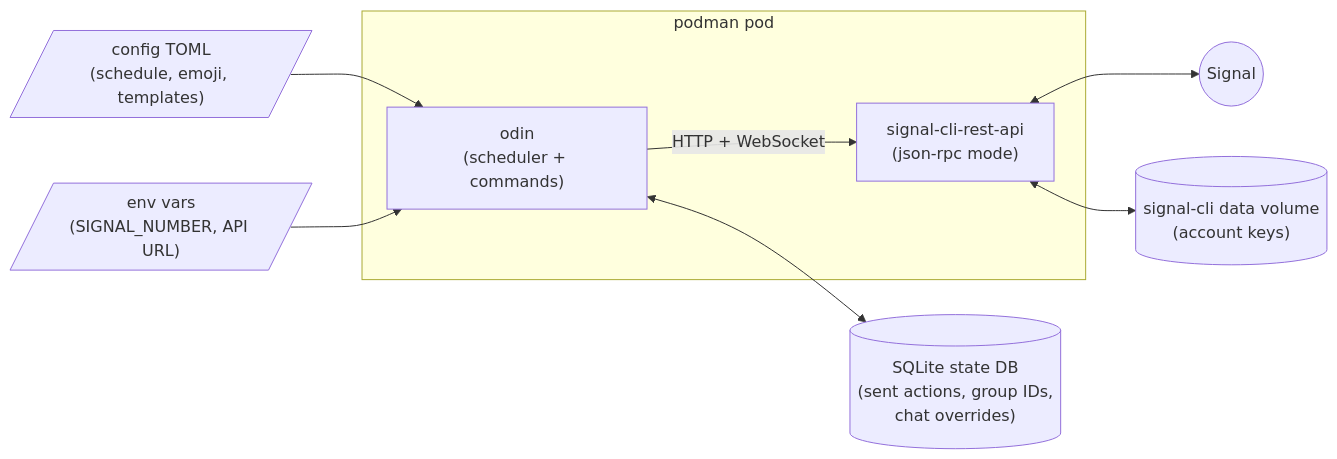
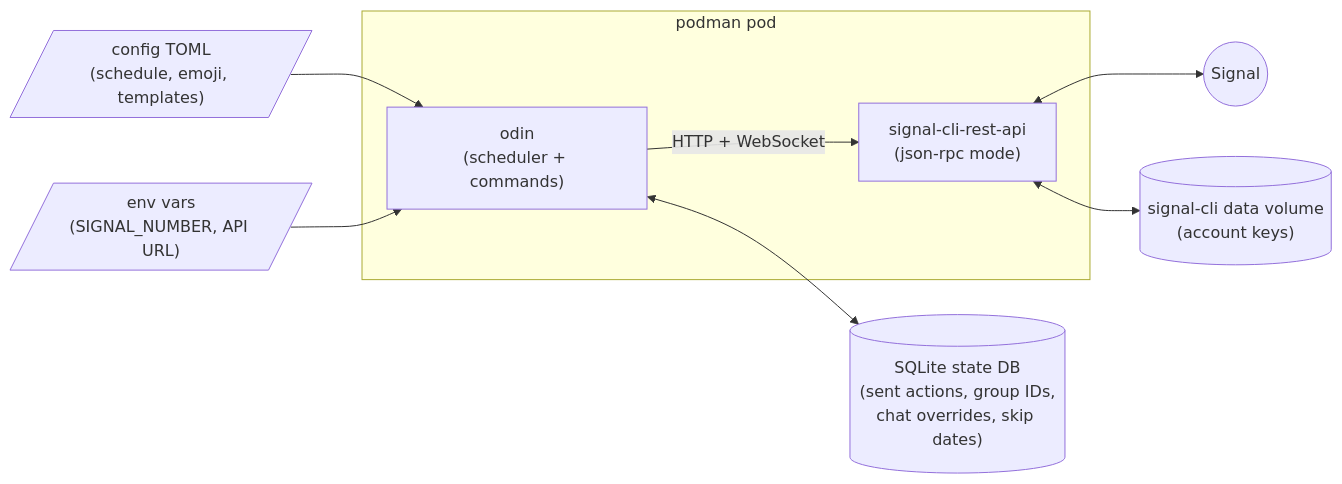
Before and after one commit to Emrys-Merlin/odin: the diagram in docs/explanation/architecture.md, drawn with Mermaid. The commit also changed other lines of this file and 18 other files, not shown here.

Commit message:
Skip dates: /skip, /unskip and skip dates in /status (#126)

````diff
--- a/docs/explanation/architecture.md
+++ b/docs/explanation/architecture.md
@@ -7,11 +7,11 @@
 ```mermaid
 flowchart LR
   subgraph pod["podman pod"]
     odin["odin<br/>(scheduler + commands)"] -- "HTTP + WebSocket" --> sidecar["signal-cli-rest-api<br/>(json-rpc mode)"]
   end
   sidecar <--> signal(("Signal"))
   config[/"config TOML<br/>(schedule, emoji, templates)"/] --> odin
   env[/"env vars<br/>(SIGNAL_NUMBER, API URL)"/] --> odin
-  odin <--> db[("SQLite state DB<br/>(sent actions, group IDs,<br/>chat overrides)")]
+  odin <--> db[("SQLite state DB<br/>(sent actions, group IDs,<br/>chat overrides, skip dates)")]
   sidecar <--> vol[("signal-cli data volume<br/>(account keys)")]
 ```
````
